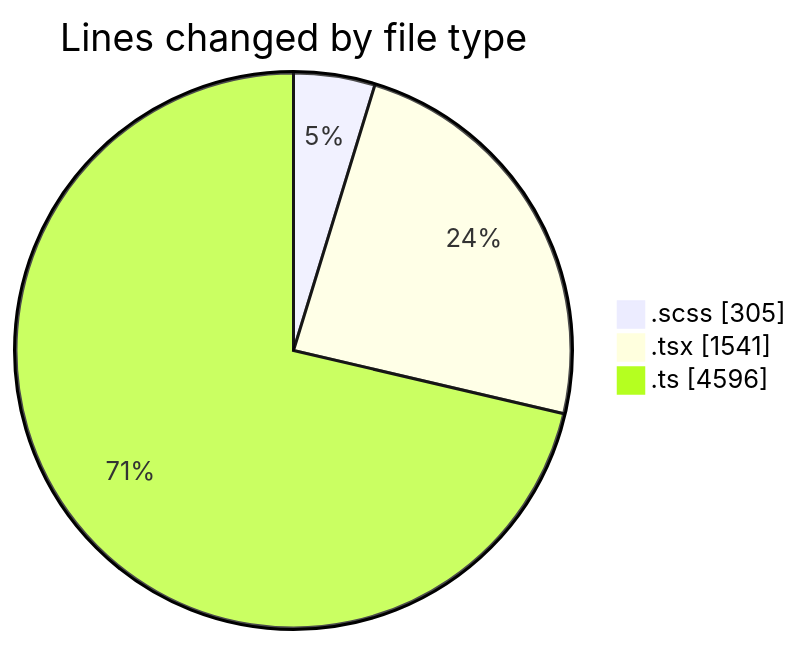
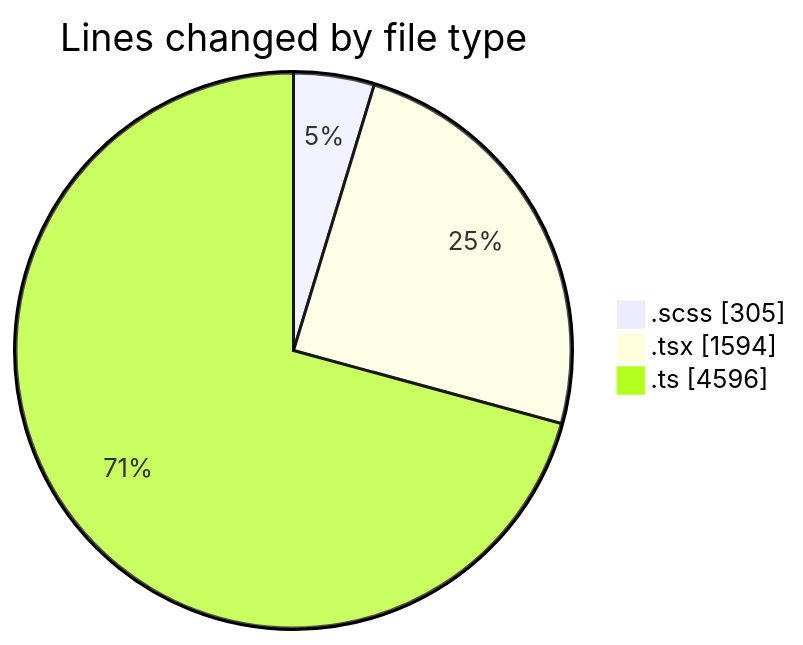
The first of 2 diagrams in 2025-03-04/cda/README.md (momahboobian/code-tracking), drawn with Mermaid before and after one commit. The commit also changed other lines of this file and 1 other file, not shown here.

````diff
--- a/2025-03-04/cda/README.md
+++ b/2025-03-04/cda/README.md
@@ -36,7 +36,7 @@
 ```mermaid
 pie showData
 title Lines changed by file type
 ".scss" : 305
-".tsx" : 1541
+".tsx" : 1594
 ".ts" : 4596
 ```
````
